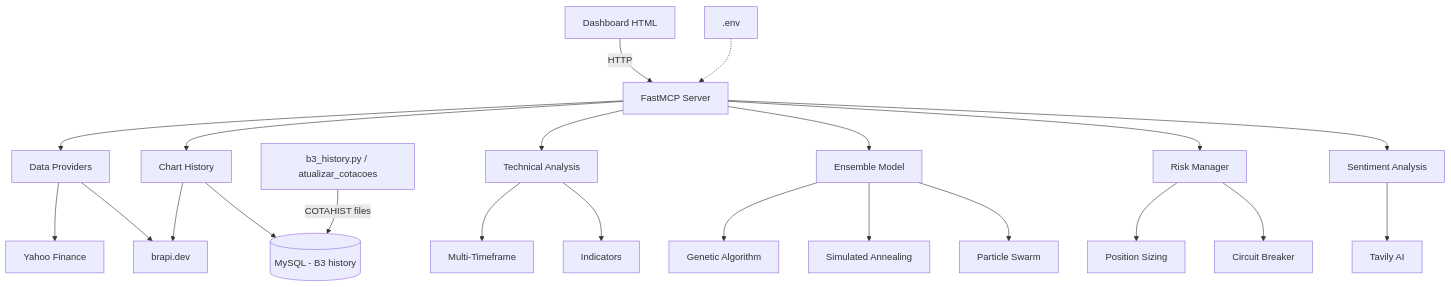
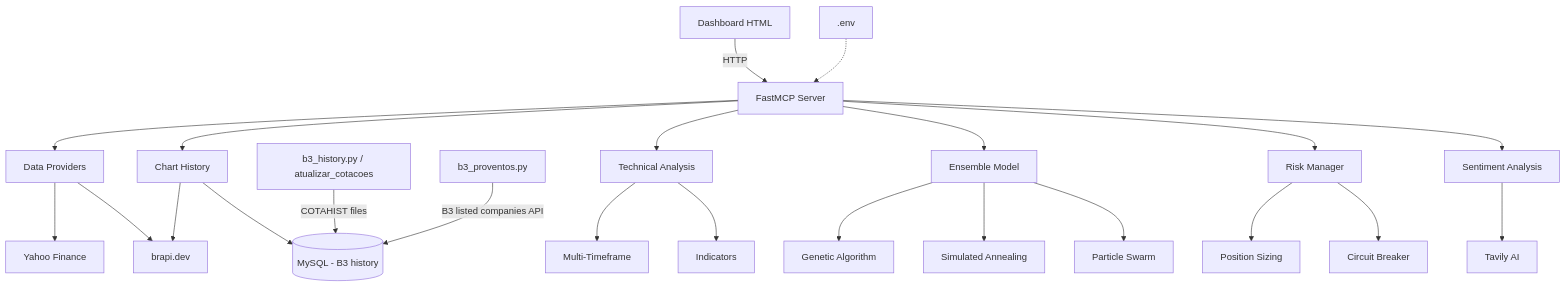
The diagram in README.md (sinvalfelisberto/nexus-trade-pro), drawn with Mermaid before and after one commit. The commit also changed other lines of this file and 10 other files, not shown here.

````diff
--- a/README.md
+++ b/README.md
@@ -228,24 +232,25 @@
 ```mermaid
 graph TD
     A[Dashboard HTML] -->|HTTP| B[FastMCP Server]
     B --> C[Data Providers]
     C --> D[Yahoo Finance]
     C --> E[brapi.dev]
     B --> H2[Chart History]
     H2 --> DB[(MySQL - B3 history)]
     H2 --> E
     U[b3_history.py / atualizar_cotacoes] -->|COTAHIST files| DB
+    V[b3_proventos.py] -->|B3 listed companies API| DB
     B --> F[Technical Analysis]
     F --> G[Multi-Timeframe]
     F --> H[Indicators]
     B --> I[Ensemble Model]
     I --> J[Genetic Algorithm]
     I --> K[Simulated Annealing]
     I --> L[Particle Swarm]
     B --> M[Risk Manager]
     M --> N[Position Sizing]
     M --> O[Circuit Breaker]
     B --> P[Sentiment Analysis]
     P --> Q[Tavily AI]
     CFG[.env] -.-> B
 ```
````
